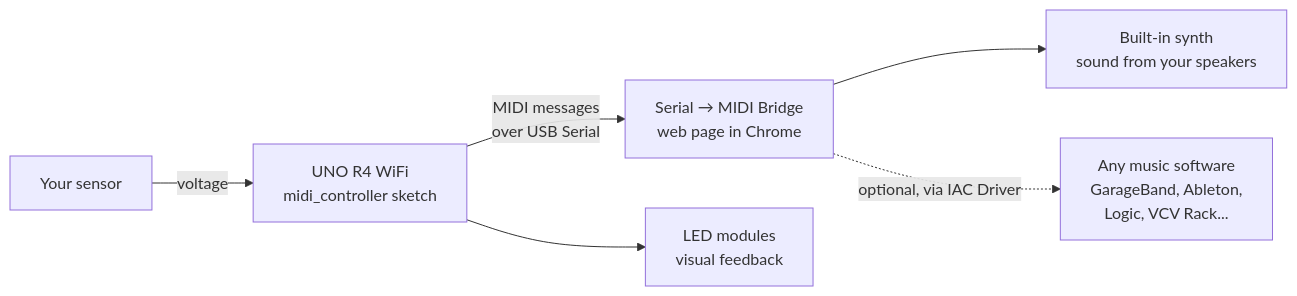
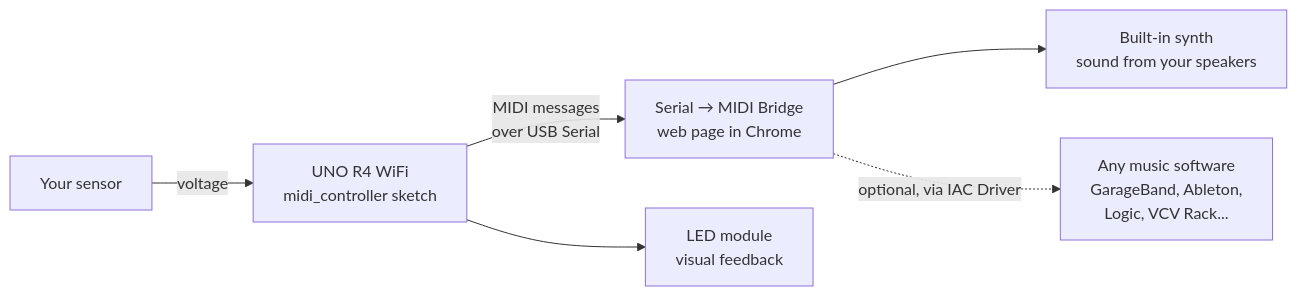
The fifth of 5 diagrams in README.md (ctlnorwich/Intro-to-Microcontrollers), drawn with Mermaid before and after one commit. The commit also changed other lines of this file and 1 other file, not shown here.

First line of the commit message:
Keep Section 3 to one LED, and suggest a second as a better output

````diff
--- a/README.md
+++ b/README.md
@@ -593,8 +586,8 @@
 ```mermaid
 flowchart LR
     A[Your sensor] -- voltage --> B[UNO R4 WiFi<br>midi_controller sketch]
     B -- MIDI messages<br>over USB Serial --> C[Serial → MIDI Bridge<br>web page in Chrome]
     C --> D[Built-in synth<br>sound from your speakers]
     C -. optional, via IAC Driver .-> E[Any music software<br>GarageBand, Ableton,<br>Logic, VCV Rack...]
-    B --> F[LED modules<br>visual feedback]
+    B --> F[LED module<br>visual feedback]
 ```
````
